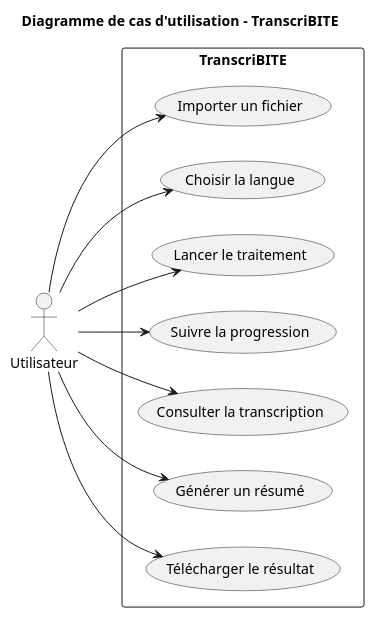
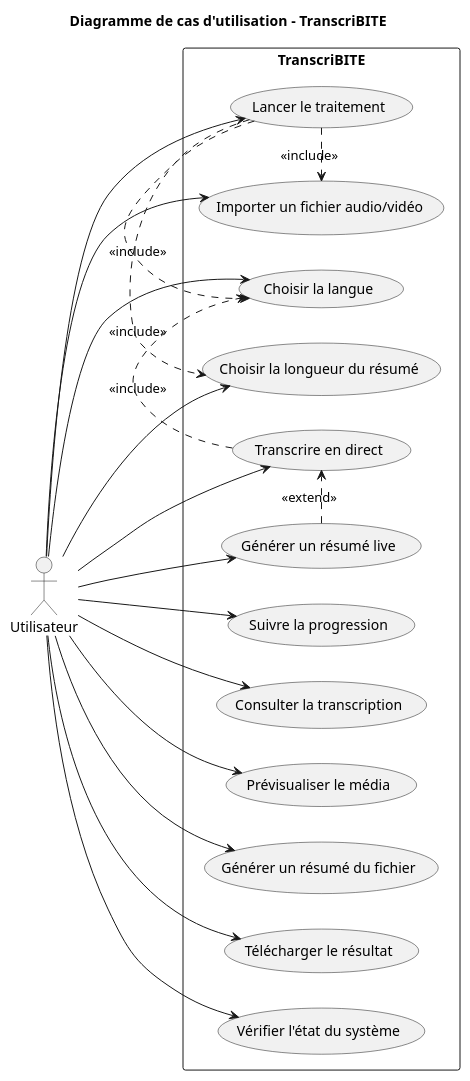
The diagram in docs/uml/use_case.puml (ilyas5555359/TranscriBITE), drawn with PlantUML before and after one commit. The commit also changed 4 other files, not shown here.

Commit message:
docs: update UML diagrams for current platform

```diff
--- a/docs/uml/use_case.puml
+++ b/docs/uml/use_case.puml
@@ -1,27 +1,40 @@
 @startuml
 title Diagramme de cas d'utilisation - TranscriBITE
-
 left to right direction
 
 actor "Utilisateur" as User
 
 rectangle "TranscriBITE" {
-
-    usecase "Importer un fichier" as UC1
+    usecase "Importer un fichier audio/vidéo" as UC1
     usecase "Choisir la langue" as UC2
-    usecase "Lancer le traitement" as UC3
-    usecase "Suivre la progression" as UC4
-    usecase "Consulter la transcription" as UC5
-    usecase "Générer un résumé" as UC6
-    usecase "Télécharger le résultat" as UC7
+    usecase "Choisir la longueur du résumé" as UC3
+    usecase "Lancer le traitement" as UC4
+    usecase "Suivre la progression" as UC5
+    usecase "Consulter la transcription" as UC6
+    usecase "Prévisualiser le média" as UC7
+    usecase "Générer un résumé du fichier" as UC8
+    usecase "Transcrire en direct" as UC9
+    usecase "Générer un résumé live" as UC10
+    usecase "Télécharger le résultat" as UC11
+    usecase "Vérifier l'état du système" as UC12
 }
 
 User --> UC1
 User --> UC2
 User --> UC3
 User --> UC4
 User --> UC5
 User --> UC6
 User --> UC7
+User --> UC8
+User --> UC9
+User --> UC10
+User --> UC11
+User --> UC12
 
+UC4 .> UC1 : <<include>>
+UC4 .> UC2 : <<include>>
+UC4 .> UC3 : <<include>>
+UC9 .> UC2 : <<include>>
+UC10 .> UC9 : <<extend>>
 @enduml
```
